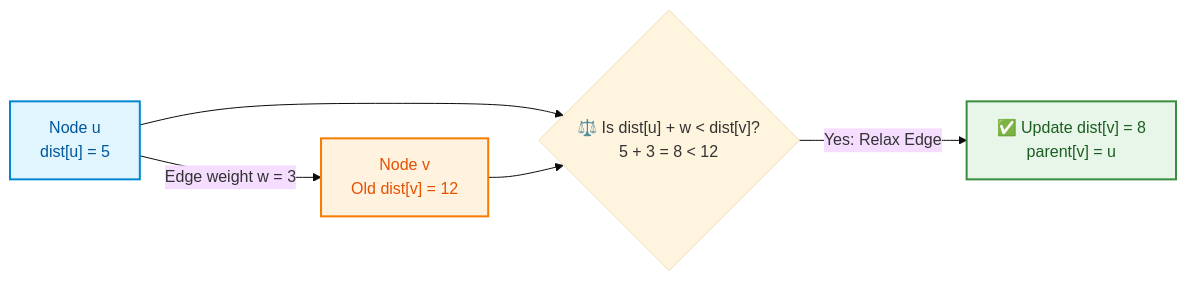
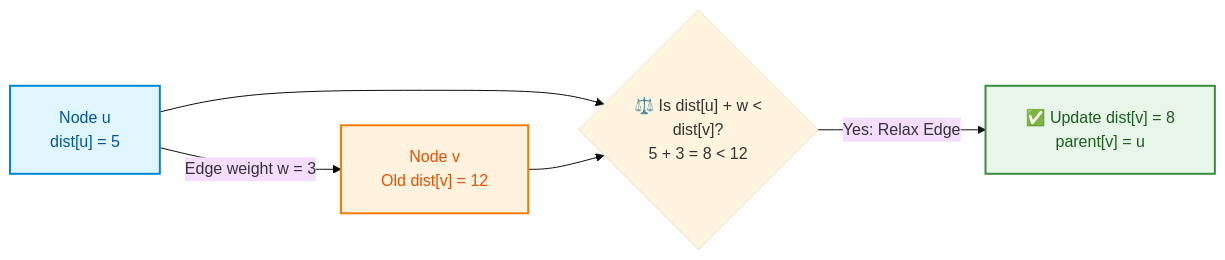
One commit to dip4k/DSA_102 changed the second of 15 diagrams in week_09_graph_algorithms_i/Week_09_Visual_Concepts_Playbook_HYBRID.md. Above: the diagram before and after it, drawn with Mermaid (base theme). The commit also changed other lines of this file and 108 other files, not shown here.

First line of the commit message:
fix(mermaid): resolve diagram clipping, padding, and syntax issues across repo

````diff
--- a/week_09_graph_algorithms_i/Week_09_Visual_Concepts_Playbook_HYBRID.md
+++ b/week_09_graph_algorithms_i/Week_09_Visual_Concepts_Playbook_HYBRID.md
@@ -126,14 +127,15 @@
 ```mermaid
+%%{init: {"flowchart": {"htmlLabels": true, "padding": 20}}}%%
 flowchart LR
     classDef known fill:#e1f5fe,stroke:#0288d1,color:#01579b,stroke-width:2px;
     classDef target fill:#fff3e0,stroke:#f57c00,color:#e65100,stroke-width:2px;
     classDef action fill:#e8f5e9,stroke:#388e3c,color:#1b5e20,stroke-width:2px;
 
     U["Node u<br/>dist[u] = 5"]:::known
     V["Node v<br/>Old dist[v] = 12"]:::target
-    U -->|Edge weight w = 3| V
-    Rel{"⚖️ Is dist[u] + w &lt; dist[v]?<br/>5 + 3 = 8 &lt; 12"}
+    U -->|"Edge weight w = 3"| V
+    Rel{"⚖️ Is dist[u] + w &lt;<br/>dist[v]?<br/>5 + 3 = 8 &lt; 12"}
     U --> Rel
     V --> Rel
     Rel -->|Yes: Relax Edge| NewV["✅ Update dist[v] = 8<br/>parent[v] = u"]:::action
 ```
````
